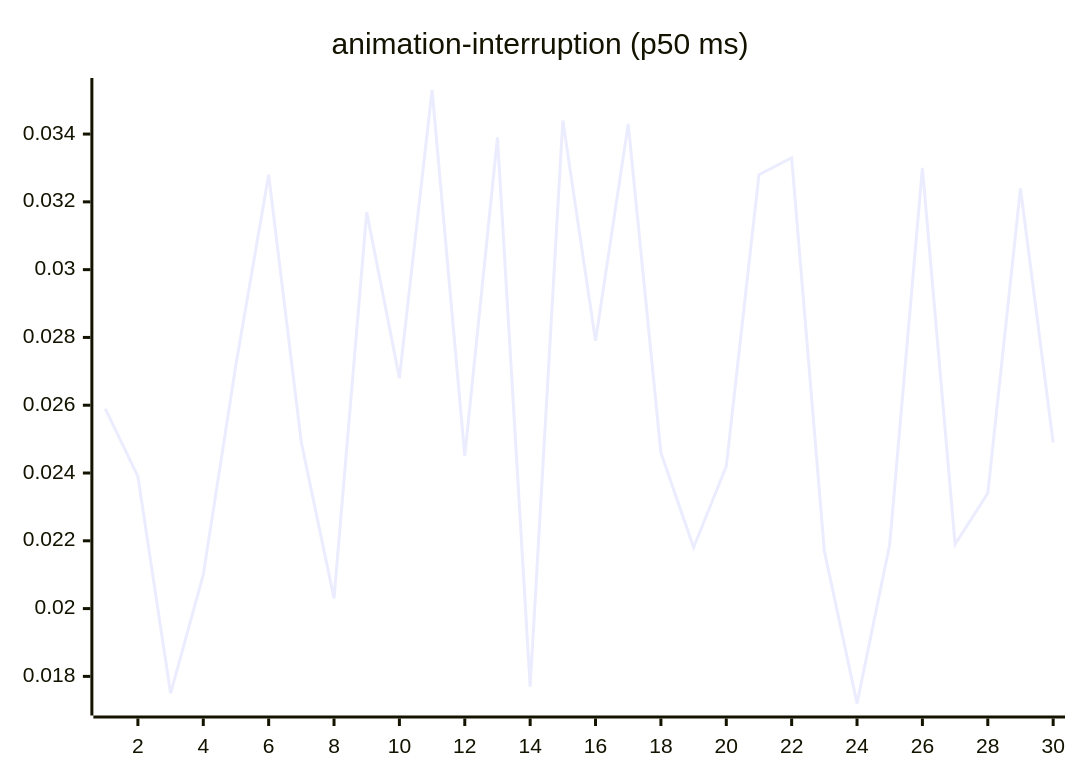
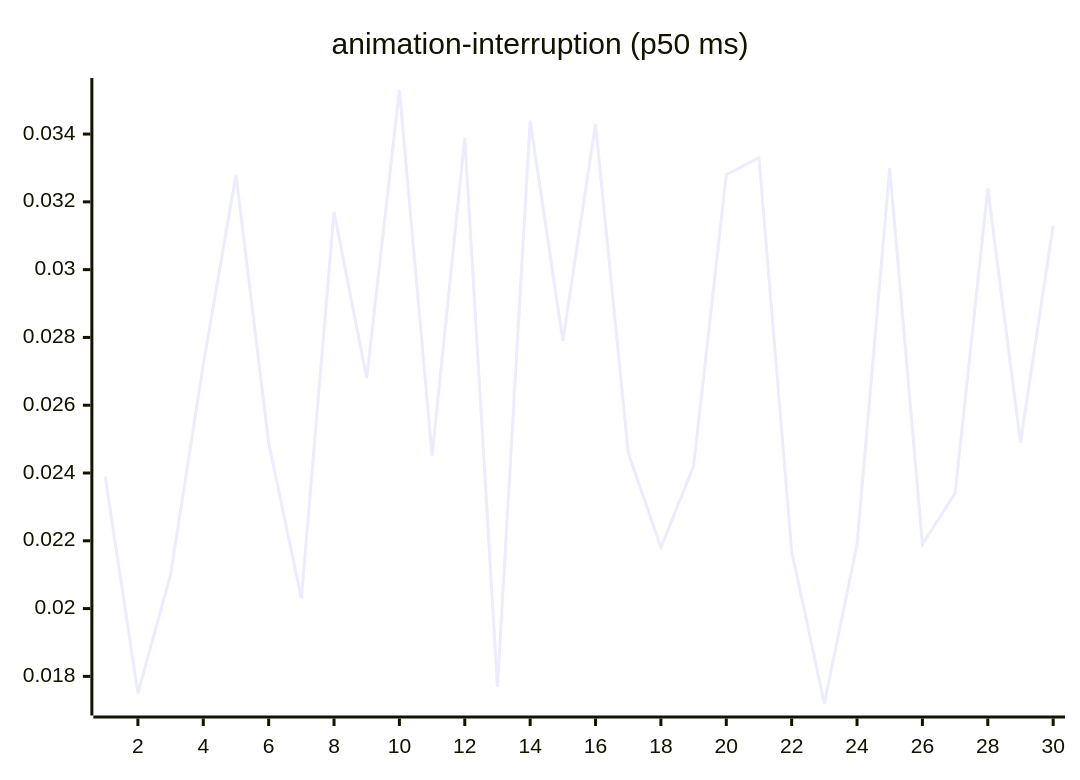
Before and after one commit to josha/Facet: the third of 27 diagrams in README.md, drawn with Mermaid. The commit also changed other lines of this file and 2 other files, not shown here.

````diff
--- a/README.md
+++ b/README.md
@@ -77,6 +77,6 @@
 ```mermaid
 xychart-beta
     title "animation-interruption (p50 ms)"
     x-axis 1 --> 30
-    line [0.0259, 0.0239, 0.0175, 0.0210, 0.0272, 0.0328, 0.0249, 0.0203, 0.0317, 0.0268, 0.0353, 0.0245, 0.0339, 0.0177, 0.0344, 0.0279, 0.0343, 0.0246, 0.0218, 0.0242, 0.0328, 0.0333, 0.0217, 0.0172, 0.0219, 0.0330, 0.0219, 0.0234, 0.0324, 0.0249]
+    line [0.0239, 0.0175, 0.0210, 0.0272, 0.0328, 0.0249, 0.0203, 0.0317, 0.0268, 0.0353, 0.0245, 0.0339, 0.0177, 0.0344, 0.0279, 0.0343, 0.0246, 0.0218, 0.0242, 0.0328, 0.0333, 0.0217, 0.0172, 0.0219, 0.0330, 0.0219, 0.0234, 0.0324, 0.0249, 0.0313]
 ```
````
